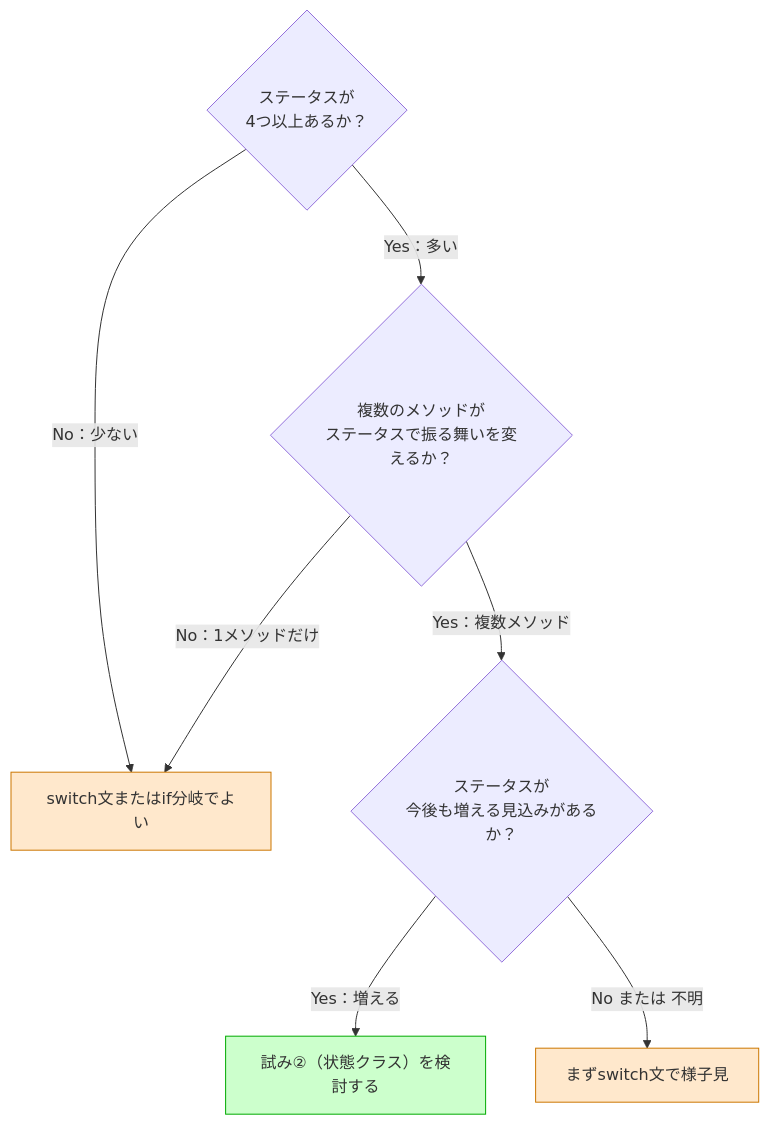
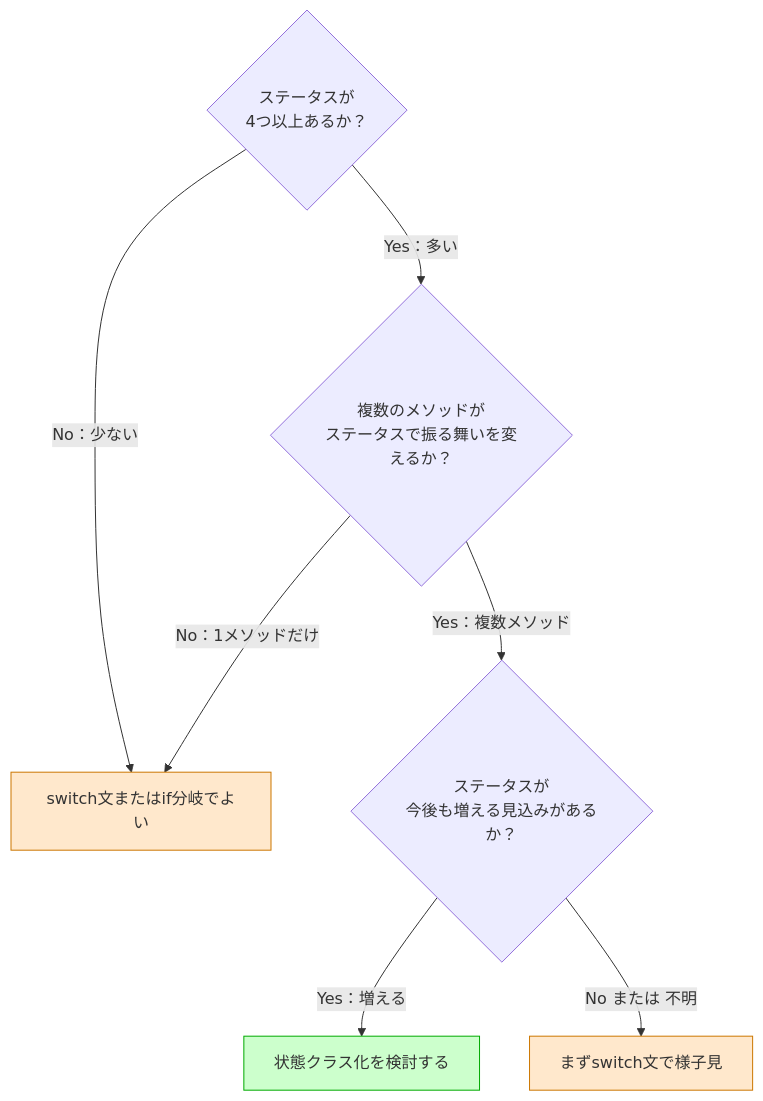
One commit to kumachan1101-pixel/DesignPattern changed the fifth of 8 diagrams in kindle/design-patterns/output/chapter03.md. Above: the diagram before and after it, drawn with Mermaid. The commit also changed other lines of this file and 1 other file, not shown here.

First line of the commit message:
chapter03/04: 残存「試み②」を除去しchapter04タイトルを修正

````diff
--- a/kindle/design-patterns/output/chapter03.md
+++ b/kindle/design-patterns/output/chapter03.md
@@ -752,20 +752,20 @@
 ```mermaid
 flowchart TD
     Q1{"ステータスが\n4つ以上あるか？"}
     Q2{"複数のメソッドが\nステータスで振る舞いを変えるか？"}
     Q3{"ステータスが\n今後も増える見込みがあるか？"}
     R1["switch文またはif分岐でよい"]
-    R2["試み②（状態クラス）を検討する"]
+    R2["状態クラス化を検討する"]
     R3["まずswitch文で様子見"]
 
     Q1 -->|No：少ない| R1
     Q1 -->|Yes：多い| Q2
     Q2 -->|No：1メソッドだけ| R1
     Q2 -->|Yes：複数メソッド| Q3
     Q3 -->|Yes：増える| R2
     Q3 -->|No または 不明| R3
 
     style R2 fill:#ccffcc,stroke:#00aa00
     style R1 fill:#ffe8cc,stroke:#cc7700
     style R3 fill:#ffe8cc,stroke:#cc7700
 ```
````
